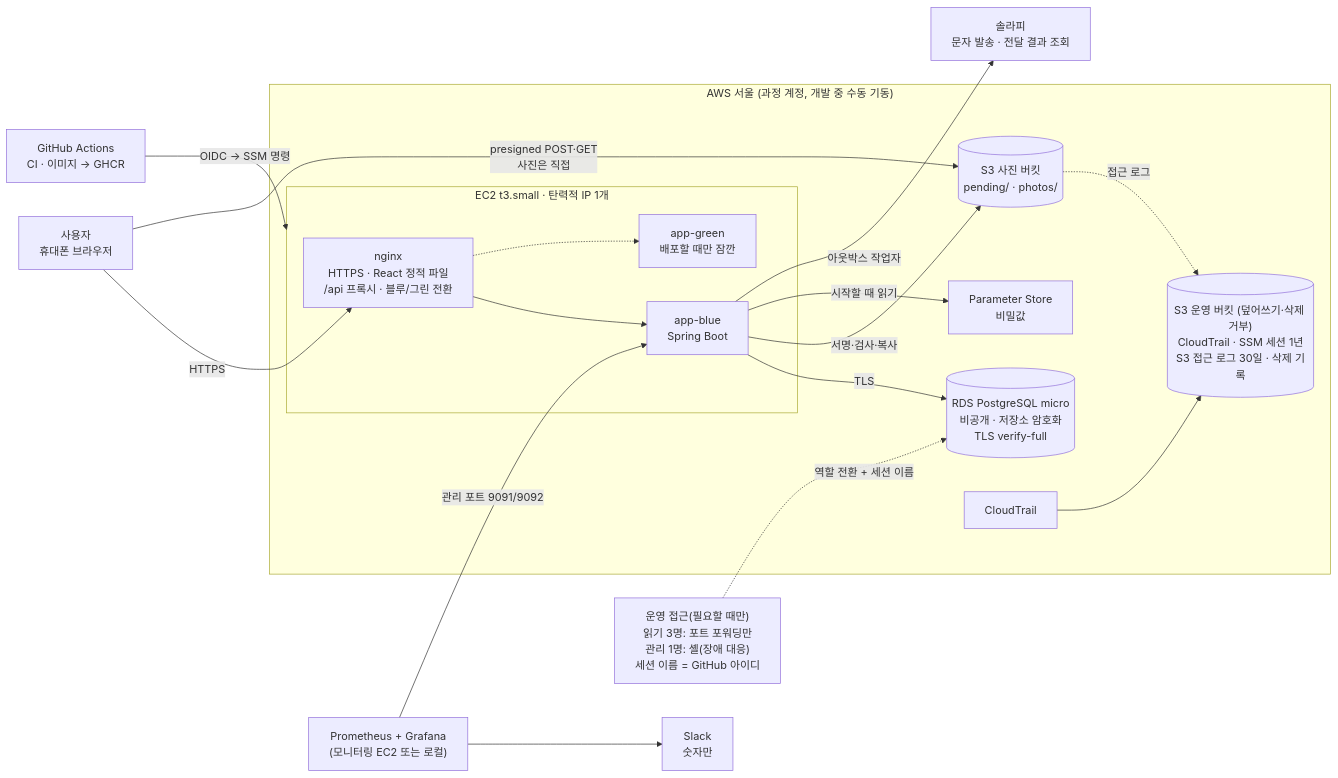
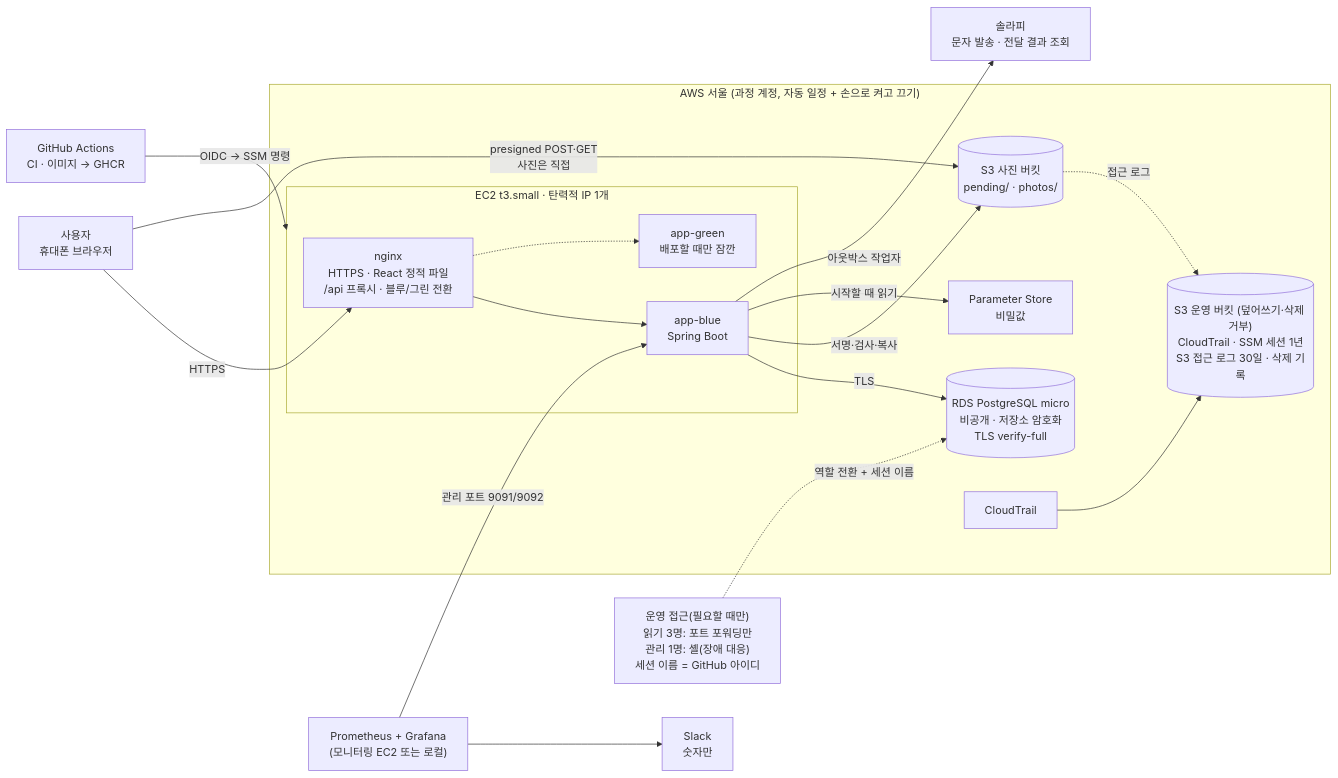
The diagram in docs/rules/04-인프라-아키텍처.md (prgrms-be-devcourse/NBE12-14-final-homestamp), drawn with Mermaid before and after one commit. The commit also changed other lines of this file and 5 other files, not shown here.

````diff
--- a/docs/rules/04-인프라-아키텍처.md
+++ b/docs/rules/04-인프라-아키텍처.md
@@ -11,36 +11,36 @@
 ```mermaid
 flowchart LR
     U["사용자<br/>휴대폰 브라우저"]
-    subgraph AWS["AWS 서울 (과정 계정, 개발 중 수동 기동)"]
+    subgraph AWS["AWS 서울 (과정 계정, 자동 일정 + 손으로 켜고 끄기)"]
         subgraph EC2["EC2 t3.small · 탄력적 IP 1개"]
             NG["nginx<br/>HTTPS · React 정적 파일<br/>/api 프록시 · 블루/그린 전환"]
             B["app-blue<br/>Spring Boot"]
             G["app-green<br/>배포할 때만 잠깐"]
         end
         RDS[("RDS PostgreSQL micro<br/>비공개 · 저장소 암호화<br/>TLS verify-full")]
         S3P[("S3 사진 버킷<br/>pending/ · photos/")]
         S3L[("S3 운영 버킷 (덮어쓰기·삭제 거부)<br/>CloudTrail · SSM 세션 1년<br/>S3 접근 로그 30일 · 삭제 기록")]
         PS["Parameter Store<br/>비밀값"]
         CT["CloudTrail"]
     end
     SOL["솔라피<br/>문자 발송 · 전달 결과 조회"]
     GH["GitHub Actions<br/>CI · 이미지 → GHCR"]
     OPS["운영 접근(필요할 때만)<br/>읽기 3명: 포트 포워딩만<br/>관리 1명: 셸(장애 대응)<br/>세션 이름 = GitHub 아이디"]
     MON["Prometheus + Grafana<br/>(모니터링 EC2 또는 로컬)"]
     SL["Slack<br/>숫자만"]
 
     U -- "HTTPS" --> NG
     NG --> B
     NG -.-> G
     U -- "presigned POST·GET<br/>사진은 직접" --> S3P
     B -- "TLS" --> RDS
     B -- "서명·검사·복사" --> S3P
     B -- "시작할 때 읽기" --> PS
     B -- "아웃박스 작업자" --> SOL
     GH -- "OIDC → SSM 명령" --> EC2
     OPS -. "역할 전환 + 세션 이름" .-> RDS
     CT --> S3L
     S3P -. "접근 로그" .-> S3L
     MON -- "관리 포트 9091/9092" --> B
     MON --> SL
 ```
````
